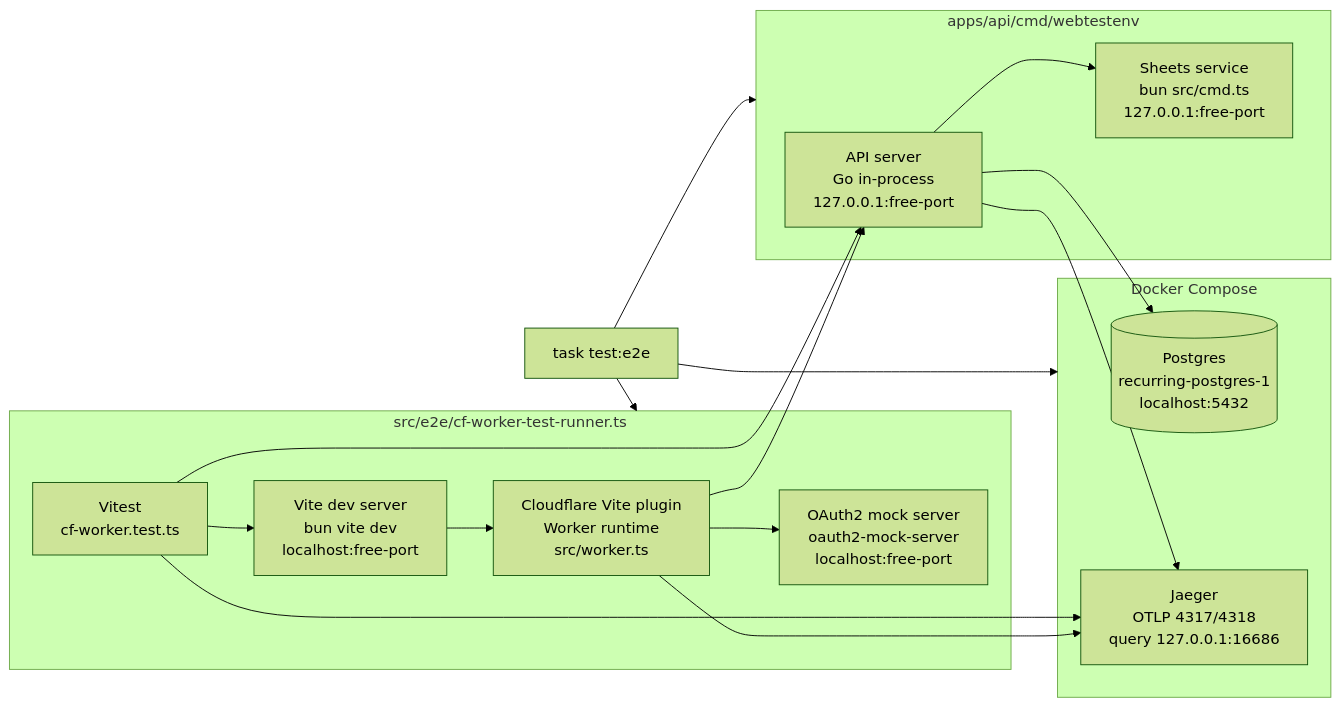
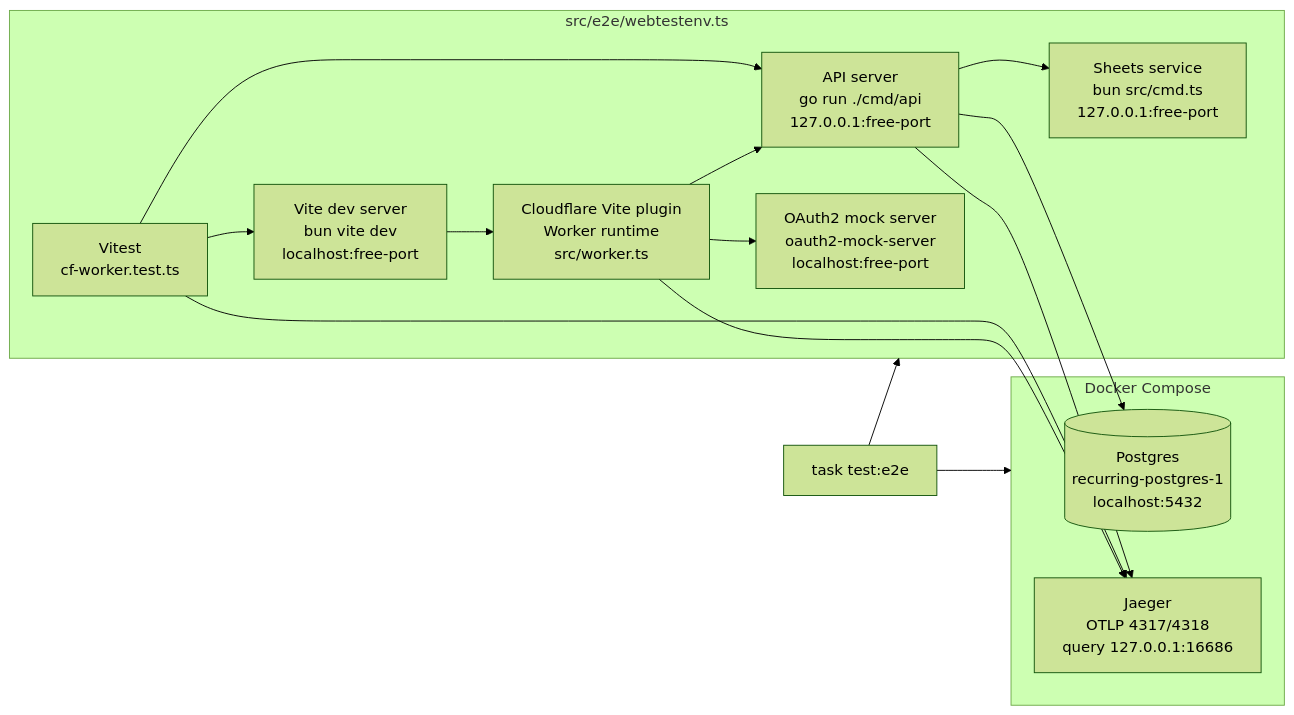
The diagram in apps/inertia/src/e2e/infra.md (meoyawn/recurring), drawn with Mermaid (forest theme) before and after one commit. The commit also changed other lines of this file and 4 other files, not shown here.

````diff
--- a/apps/inertia/src/e2e/infra.md
+++ b/apps/inertia/src/e2e/infra.md
@@ -8,37 +8,33 @@
 ```mermaid
 flowchart LR
   task["task test:e2e"]
 
   subgraph compose["Docker Compose"]
     postgres[("Postgres<br/>recurring-postgres-1<br/>localhost:5432")]
     jaeger["Jaeger<br/>OTLP 4317/4318<br/>query 127.0.0.1:16686"]
   end
 
-  subgraph webtestenv["apps/api/cmd/webtestenv"]
+  subgraph webtestenv["src/e2e/webtestenv.ts"]
     sheets["Sheets service<br/>bun src/cmd.ts<br/>127.0.0.1:free-port"]
-    api["API server<br/>Go in-process<br/>127.0.0.1:free-port"]
-  end
-
-  subgraph runner["src/e2e/cf-worker-test-runner.ts"]
+    api["API server<br/>go run ./cmd/api<br/>127.0.0.1:free-port"]
     oauth["OAuth2 mock server<br/>oauth2-mock-server<br/>localhost:free-port"]
     vite["Vite dev server<br/>bun vite dev<br/>localhost:free-port"]
     worker["Cloudflare Vite plugin<br/>Worker runtime<br/>src/worker.ts"]
     vitest["Vitest<br/>cf-worker.test.ts"]
   end
 
   task --> compose
   task --> webtestenv
-  task --> runner
 
   api --> postgres
   api --> sheets
   api --> jaeger
 
   vite --> worker
   vitest --> vite
   vitest --> api
   vitest --> jaeger
   worker --> api
   worker --> oauth
   worker --> jaeger
 ```
````
